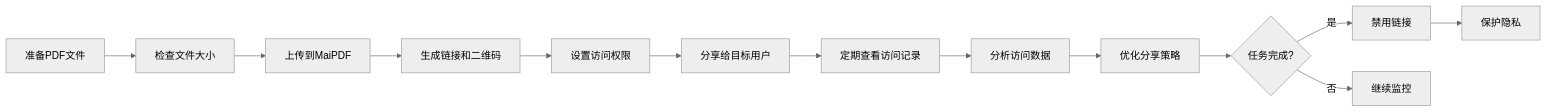
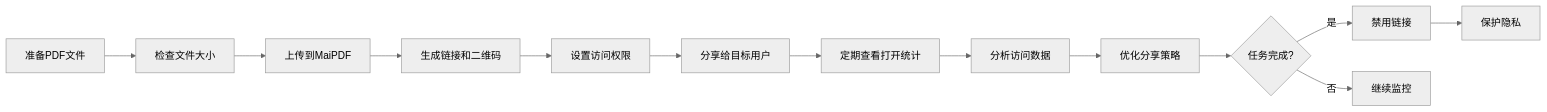
Before and after one commit to mythenigma/cloudflareAstro: diagram 12 of 12 in src/content/blog/cn/maipdf-complete-workflow-guide-with-diagrams.md, drawn with Mermaid (neutral theme). The commit also changed other lines of this file and 353 other files, not shown here.

````diff
--- a/src/content/blog/cn/maipdf-complete-workflow-guide-with-diagrams.md
+++ b/src/content/blog/cn/maipdf-complete-workflow-guide-with-diagrams.md
@@ -382,15 +382,15 @@
 ```mermaid
 graph LR
     A[准备PDF文件] --> B[检查文件大小]
     B --> C[上传到MaiPDF]
     C --> D[生成链接和二维码]
     D --> E[设置访问权限]
     E --> F[分享给目标用户]
-    F --> G[定期查看访问记录]
+    F --> G[定期查看打开统计]
     G --> H[分析访问数据]
     H --> I[优化分享策略]
     I --> J{任务完成?}
     J -->|是| K[禁用链接]
     J -->|否| L[继续监控]
     K --> M[保护隐私]
 ```
````
